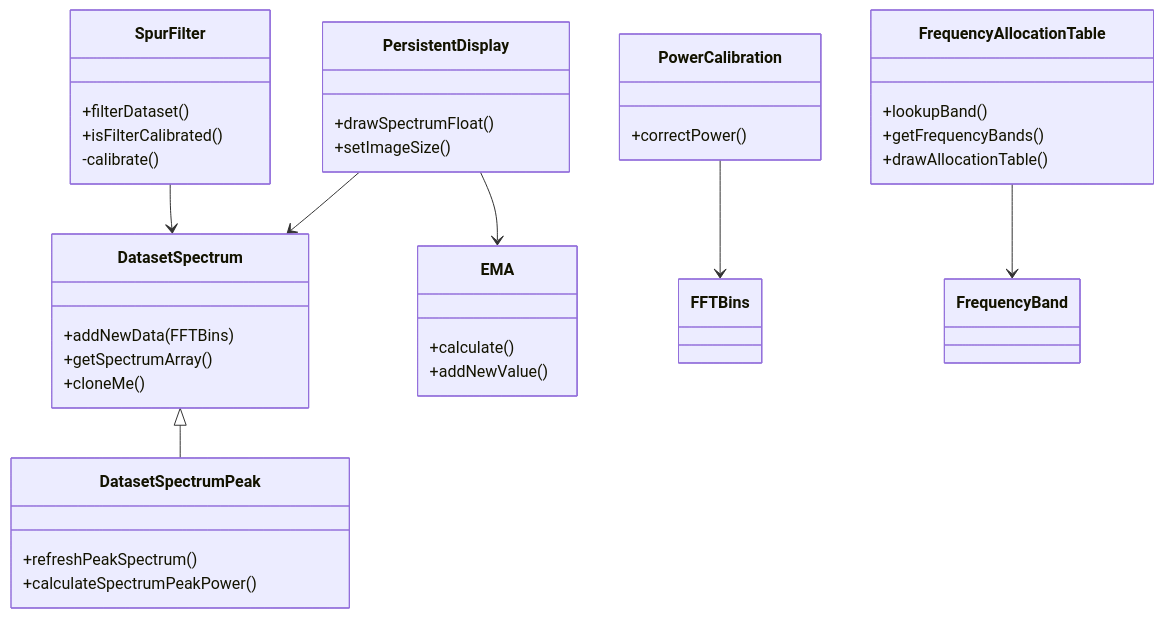
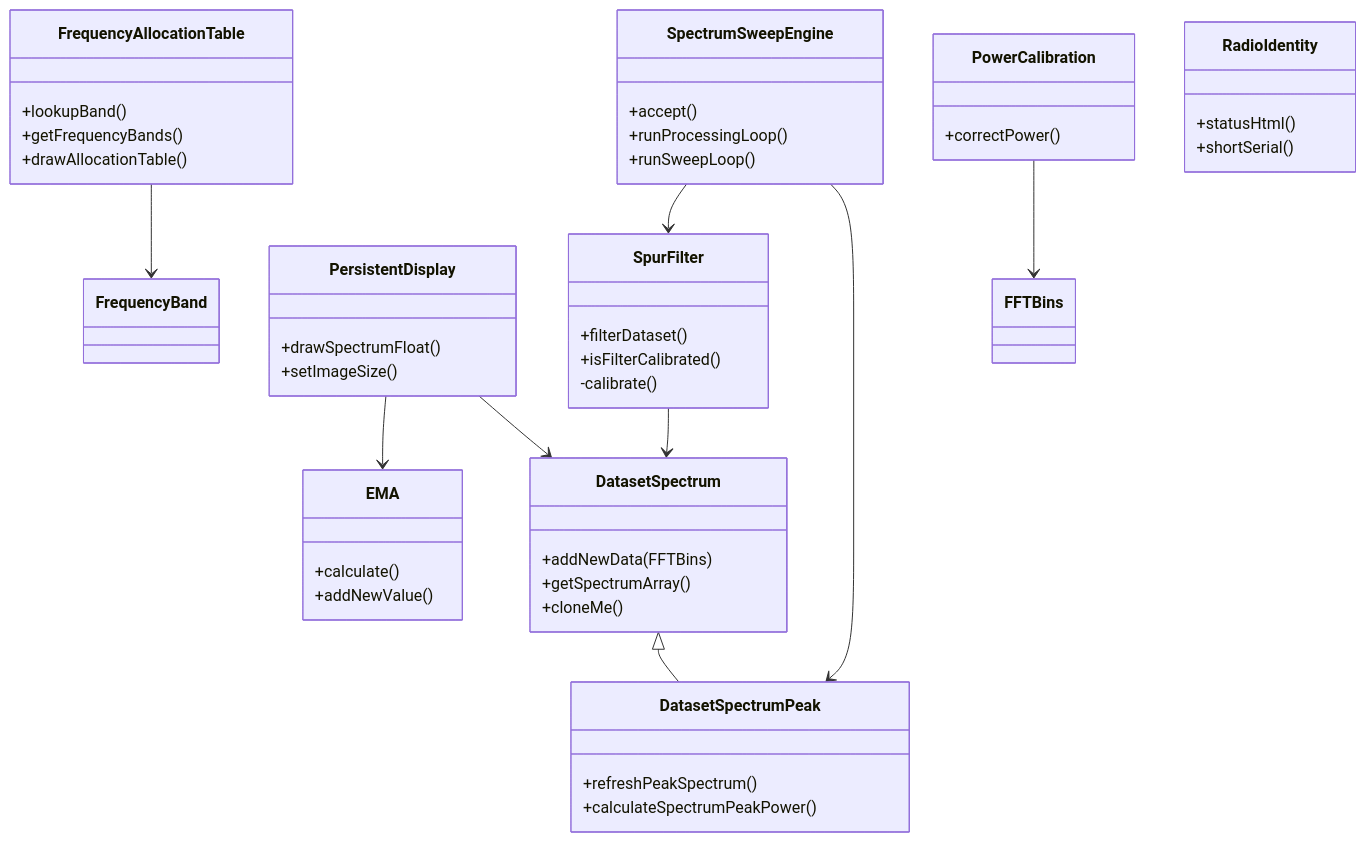
The third of 5 diagrams in docs/architecture.md (chris-piekarski/hackrf-spectrum-analyzer), drawn with Mermaid before and after one commit. The commit also changed other lines of this file and 79 other files, not shown here.

````diff
--- a/docs/architecture.md
+++ b/docs/architecture.md
@@ -80,40 +80,53 @@
 ```mermaid
 classDiagram
     class DatasetSpectrum {
         +addNewData(FFTBins)
         +getSpectrumArray()
         +cloneMe()
     }
     class DatasetSpectrumPeak {
         +refreshPeakSpectrum()
         +calculateSpectrumPeakPower()
     }
     class SpurFilter {
         +filterDataset()
         +isFilterCalibrated()
         -calibrate()
     }
     class PersistentDisplay {
         +drawSpectrumFloat()
         +setImageSize()
     }
     class EMA {
         +calculate()
         +addNewValue()
     }
     class PowerCalibration {
         +correctPower()
     }
     class FrequencyAllocationTable {
         +lookupBand()
         +getFrequencyBands()
         +drawAllocationTable()
     }
+    class FrequencyBand
+    class FFTBins
+    class SpectrumSweepEngine {
+        +accept()
+        +runProcessingLoop()
+        +runSweepLoop()
+    }
+    class RadioIdentity {
+        +statusHtml()
+        +shortSerial()
+    }
 
     DatasetSpectrum <|-- DatasetSpectrumPeak
     SpurFilter --> DatasetSpectrum
     PersistentDisplay --> DatasetSpectrum
     PersistentDisplay --> EMA
     PowerCalibration --> FFTBins
     FrequencyAllocationTable --> FrequencyBand
+    SpectrumSweepEngine --> DatasetSpectrumPeak
+    SpectrumSweepEngine --> SpurFilter
 ```
````
